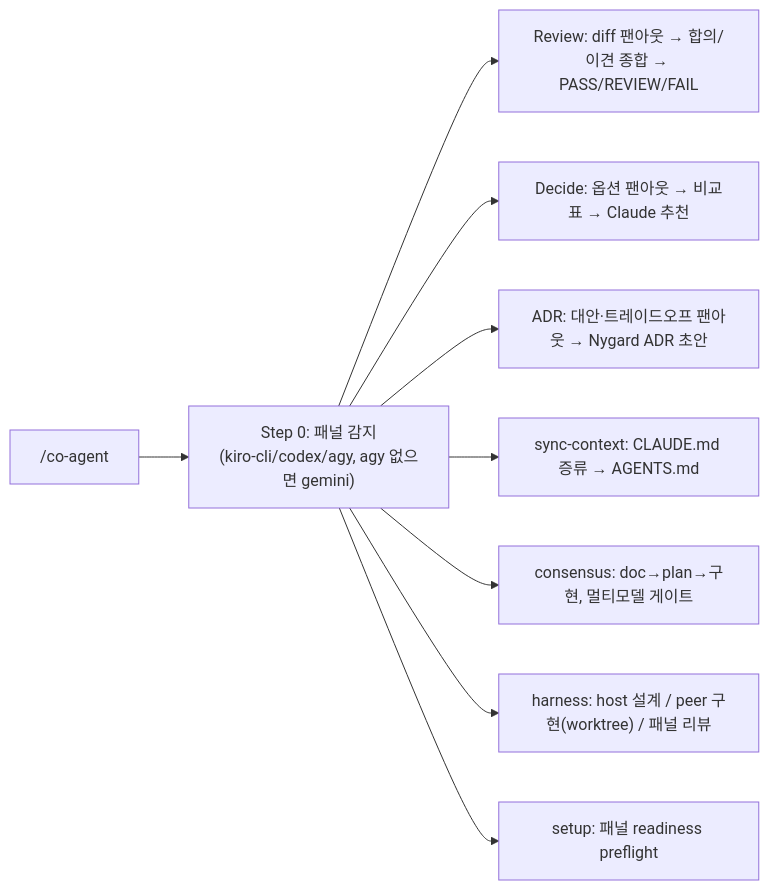
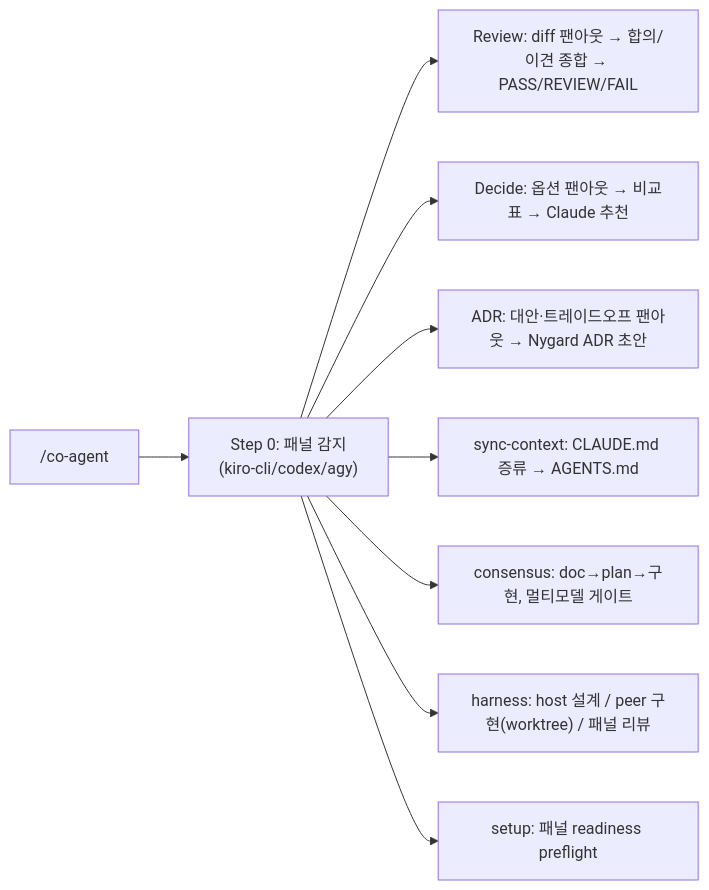
Before and after one commit to Atom-oh/oh-my-cloud-skills: the diagram in doc-sites/docs/co-agent/overview.md, drawn with Mermaid. The commit also changed other lines of this file and 5 other files, not shown here.

First line of the commit message:
docs(doc-sites): drop Gemini fallback — Agy fully supersedes it

````diff
--- a/doc-sites/docs/co-agent/overview.md
+++ b/doc-sites/docs/co-agent/overview.md
@@ -47,11 +46,11 @@
 ```mermaid
 flowchart LR
-    A["/co-agent"] --> P["Step 0: 패널 감지<br/>(kiro-cli/codex/agy, agy 없으면 gemini)"]
+    A["/co-agent"] --> P["Step 0: 패널 감지<br/>(kiro-cli/codex/agy)"]
     P --> R["Review: diff 팬아웃 → 합의/이견 종합 → PASS/REVIEW/FAIL"]
     P --> D["Decide: 옵션 팬아웃 → 비교표 → Claude 추천"]
     P --> ADR["ADR: 대안·트레이드오프 팬아웃 → Nygard ADR 초안"]
     P --> S["sync-context: CLAUDE.md 증류 → AGENTS.md"]
     P --> C["consensus: doc→plan→구현, 멀티모델 게이트"]
     P --> H["harness: host 설계 / peer 구현(worktree) / 패널 리뷰"]
     P --> U["setup: 패널 readiness preflight"]
 ```
````
